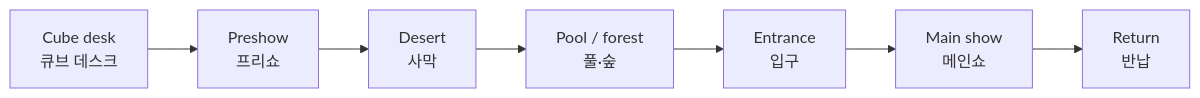
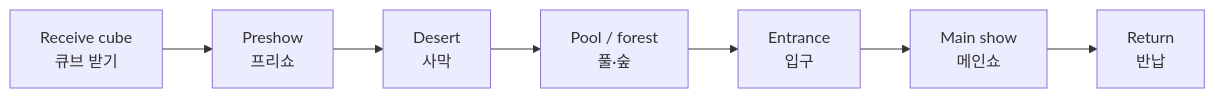
Before and after one commit to elliotwoods/jinhee-sos: the first of 2 diagrams in console/docs/handover_v2/handbook/H1-introduction.md, drawn with Mermaid. The commit also changed other lines of this file and 24 other files, not shown here.

````diff
--- a/console/docs/handover_v2/handbook/H1-introduction.md
+++ b/console/docs/handover_v2/handbook/H1-introduction.md
@@ -19,11 +19,11 @@
 ```mermaid
 flowchart LR
-  A["Cube desk<br/>큐브 데스크"]
+  A["Receive cube<br/>큐브 받기"]
   B["Preshow<br/>프리쇼"]
   C["Desert<br/>사막"]
   D["Pool / forest<br/>풀·숲"]
   E["Entrance<br/>입구"]
   F["Main show<br/>메인쇼"]
   G["Return<br/>반납"]
   A --> B --> C --> D --> E --> F --> G
 ```
````
